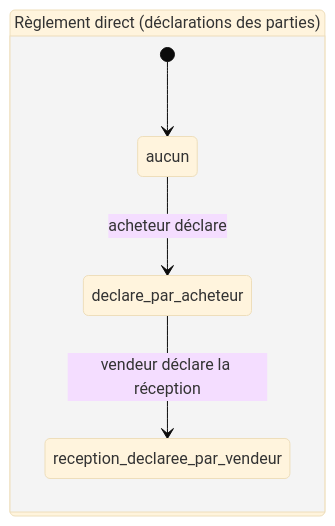
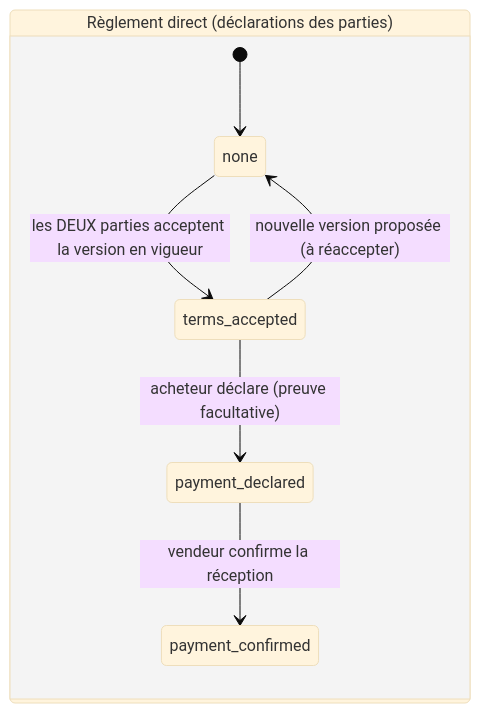
Before and after one commit to Menezndri2023/vit-auto: the first of 6 diagrams in docs/import-export-paiement-securise.md, drawn with Mermaid (base theme). The commit also changed other lines of this file and 25 other files, not shown here.

````diff
--- a/docs/import-export-paiement-securise.md
+++ b/docs/import-export-paiement-securise.md
@@ -283,9 +287,11 @@
 ```mermaid
 stateDiagram-v2
     direction LR
     state "Règlement direct (déclarations des parties)" as D {
-        [*] --> aucun
-        aucun --> declare_par_acheteur: acheteur déclare
-        declare_par_acheteur --> reception_declaree_par_vendeur: vendeur déclare la réception
+        [*] --> none
+        none --> terms_accepted: les DEUX parties acceptent la version en vigueur
+        terms_accepted --> none: nouvelle version proposée (à réaccepter)
+        terms_accepted --> payment_declared: acheteur déclare (preuve facultative)
+        payment_declared --> payment_confirmed: vendeur confirme la réception
     }
 ```
````
